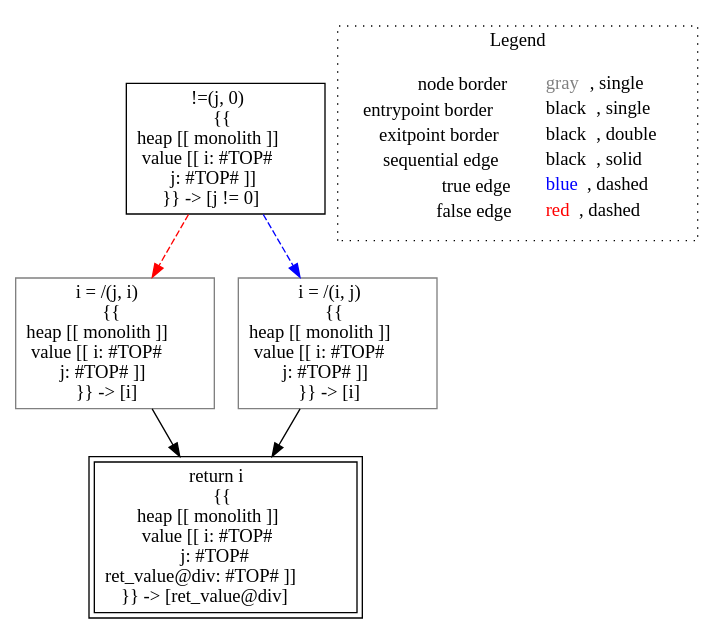
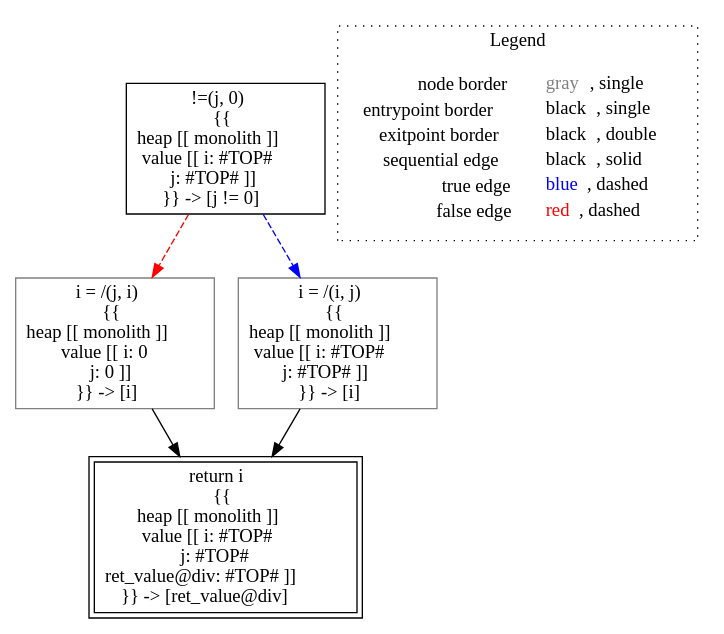
Before and after one commit to lisa-analyzer/lisa: the diagram in lisa/imp-testcases/int-const/analysis___untyped_tutorial.div(tutorial_this,_untyped_i,_untyped_j).dot, drawn with Graphviz. The commit also changed 14 other files, not shown here.

```diff
--- a/lisa/imp-testcases/int-const/analysis___untyped_tutorial.div(tutorial_this,_untyped_i,_untyped_j).dot
+++ b/lisa/imp-testcases/int-const/analysis___untyped_tutorial.div(tutorial_this,_untyped_i,_untyped_j).dot
@@ -1,17 +1,17 @@
 digraph {
 	"node0" [shape="rect",color="black",label=<!=(j, 0)<BR/>{{<BR/>heap [[ monolith ]]<BR/>value [[ i: #TOP#<BR/>j: #TOP# ]]<BR/>}} -&gt; [j != 0]>];
-	"node1" [shape="rect",color="gray",label=<i = /(j, i)<BR/>{{<BR/>heap [[ monolith ]]<BR/>value [[ i: #TOP#<BR/>j: #TOP# ]]<BR/>}} -&gt; [i]>];
-	"node2" [shape="rect",color="gray",label=<i = /(i, j)<BR/>{{<BR/>heap [[ monolith ]]<BR/>value [[ i: #TOP#<BR/>j: #TOP# ]]<BR/>}} -&gt; [i]>];
-	"node3" [shape="rect",color="black",peripheries="2",label=<return i<BR/>{{<BR/>heap [[ monolith ]]<BR/>value [[ i: #TOP#<BR/>j: #TOP#<BR/>ret_value@div: #TOP# ]]<BR/>}} -&gt; [ret_value@div]>];
-	"node1" -> "node3" [color="black"];
-	"node2" -> "node3" [color="black"];
+	"node1" [shape="rect",color="gray",label=<i = /(j, i)<BR/>{{<BR/>heap [[ monolith ]]<BR/>value [[ i: 0<BR/>j: 0 ]]<BR/>}} -&gt; [i]>];
+	"node2" [shape="rect",color="black",peripheries="2",label=<return i<BR/>{{<BR/>heap [[ monolith ]]<BR/>value [[ i: #TOP#<BR/>j: #TOP#<BR/>ret_value@div: #TOP# ]]<BR/>}} -&gt; [ret_value@div]>];
+	"node3" [shape="rect",color="gray",label=<i = /(i, j)<BR/>{{<BR/>heap [[ monolith ]]<BR/>value [[ i: #TOP#<BR/>j: #TOP# ]]<BR/>}} -&gt; [i]>];
+	"node1" -> "node2" [color="black"];
 	"node0" -> "node1" [color="red",style="dashed"];
-	"node0" -> "node2" [color="blue",style="dashed"];
+	"node0" -> "node3" [color="blue",style="dashed"];
+	"node3" -> "node2" [color="black"];
 subgraph cluster_legend {
 	label="Legend";
 	style=dotted;
 	node [shape=plaintext];
 	"legend" [label=<<table border="0" cellpadding="2" cellspacing="0" cellborder="0"><tr><td align="right">node border&nbsp;</td><td align="left"><font color="gray">gray</font>, single</td></tr><tr><td align="right">entrypoint border&nbsp;</td><td align="left"><font color="black">black</font>, single</td></tr><tr><td align="right">exitpoint border&nbsp;</td><td align="left"><font color="black">black</font>, double</td></tr><tr><td align="right">sequential edge&nbsp;</td><td align="left"><font color="black">black</font>, solid</td></tr><tr><td align="right">true edge&nbsp;</td><td align="left"><font color="blue">blue</font>, dashed</td></tr><tr><td align="right">false edge&nbsp;</td><td align="left"><font color="red">red</font>, dashed</td></tr></table>>];
 }
 
 }
```
